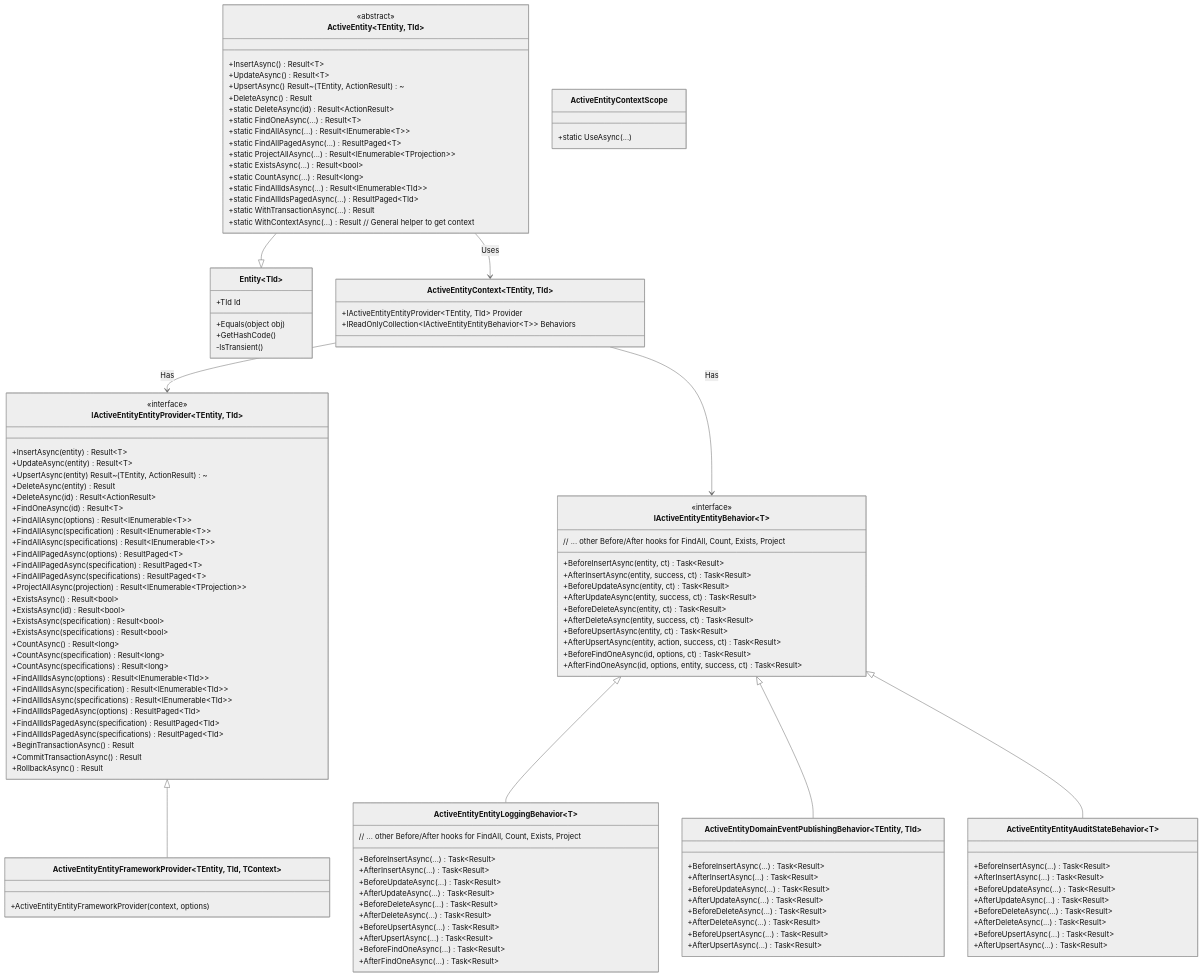
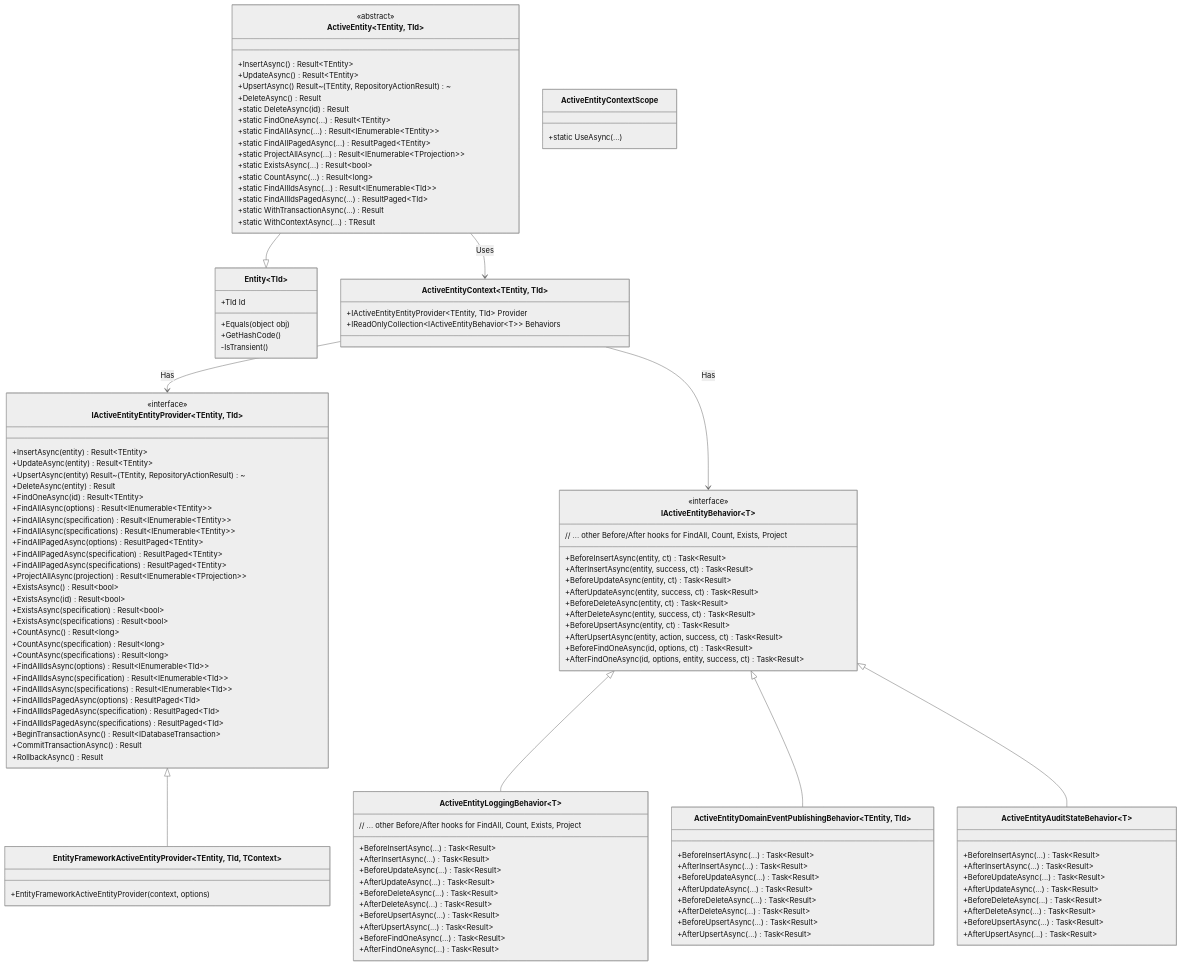
Before and after one commit to BridgingIT-GmbH/bITdevKit: the first of 3 diagrams in docs/features-domain-activeentity.md, drawn with Mermaid (neutral theme). The commit also changed other lines of this file and 62 other files, not shown here.

````diff
--- a/docs/features-domain-activeentity.md
+++ b/docs/features-domain-activeentity.md
@@ -48,37 +49,36 @@
 
     class ActiveEntity~TEntity, TId~ {
         <<abstract>>
-        +InsertAsync() Result~T~
-        +UpdateAsync() Result~T~
-        +UpsertAsync() Result~(TEntity, ActionResult)~
+        +InsertAsync() Result~TEntity~
+        +UpdateAsync() Result~TEntity~
+        +UpsertAsync() Result~(TEntity, RepositoryActionResult)~
         +DeleteAsync() Result
-        +static DeleteAsync(id) Result~ActionResult~
-        +static FindOneAsync(...) Result~T~
-        +static FindAllAsync(...) Result~IEnumerable~T~~
-        +static FindAllPagedAsync(...) ResultPaged~T~
+        +static DeleteAsync(id) Result
+        +static FindOneAsync(...) Result~TEntity~
+        +static FindAllAsync(...) Result~IEnumerable~TEntity~~
+        +static FindAllPagedAsync(...) ResultPaged~TEntity~
         +static ProjectAllAsync(...) Result~IEnumerable~TProjection~~
         +static ExistsAsync(...) Result~bool~
         +static CountAsync(...) Result~long~
         +static FindAllIdsAsync(...) Result~IEnumerable~TId~~
         +static FindAllIdsPagedAsync(...) ResultPaged~TId~
         +static WithTransactionAsync(...) Result
-        +static WithContextAsync(...) Result // General helper to get context
+        +static WithContextAsync(...) TResult
     }
 
     class IActiveEntityEntityProvider~TEntity, TId~ {
         <<interface>>
-        +InsertAsync(entity) Result~T~
-        +UpdateAsync(entity) Result~T~
-        +UpsertAsync(entity) Result~(TEntity, ActionResult)~
+        +InsertAsync(entity) Result~TEntity~
+        +UpdateAsync(entity) Result~TEntity~
+        +UpsertAsync(entity) Result~(TEntity, RepositoryActionResult)~
         +DeleteAsync(entity) Result
-        +DeleteAsync(id) Result~ActionResult~
-        +FindOneAsync(id) Result~T~
-        +FindAllAsync(options) Result~IEnumerable~T~~
-        +FindAllAsync(specification) Result~IEnumerable~T~~
-        +FindAllAsync(specifications) Result~IEnumerable~T~~
-        +FindAllPagedAsync(options) ResultPaged~T~
-        +FindAllPagedAsync(specification) ResultPaged~T~
-        +FindAllPagedAsync(specifications) ResultPaged~T~
+        +FindOneAsync(id) Result~TEntity~
+        +FindAllAsync(options) Result~IEnumerable~TEntity~~
+        +FindAllAsync(specification) Result~IEnumerable~TEntity~~
+        +FindAllAsync(specifications) Result~IEnumerable~TEntity~~
+        +FindAllPagedAsync(options) ResultPaged~TEntity~
+        +FindAllPagedAsync(specification) ResultPaged~TEntity~
+        +FindAllPagedAsync(specifications) ResultPaged~TEntity~
         +ProjectAllAsync(projection) Result~IEnumerable~TProjection~~
         +ExistsAsync() Result~bool~
         +ExistsAsync(id) Result~bool~
@@ -93,16 +93,16 @@
         +FindAllIdsPagedAsync(options) ResultPaged~TId~
         +FindAllIdsPagedAsync(specification) ResultPaged~TId~
         +FindAllIdsPagedAsync(specifications) ResultPaged~TId~
-        +BeginTransactionAsync() Result
+        +BeginTransactionAsync() Result~IDatabaseTransaction~
         +CommitTransactionAsync() Result
         +RollbackAsync() Result
     }
 
-    class ActiveEntityEntityFrameworkProvider~TEntity, TId, TContext~ {
-        +ActiveEntityEntityFrameworkProvider(context, options)
+    class EntityFrameworkActiveEntityProvider~TEntity, TId, TContext~ {
+        +EntityFrameworkActiveEntityProvider(context, options)
     }
 
-    class IActiveEntityEntityBehavior~T~ {
+    class IActiveEntityBehavior~T~ {
         <<interface>>
         +BeforeInsertAsync(entity, ct) Task~Result~
         +AfterInsertAsync(entity, success, ct) Task~Result~
@@ -119,14 +119,14 @@
 
     class ActiveEntityContext~TEntity, TId~ {
         +IActiveEntityEntityProvider~TEntity, TId~ Provider
-        +IReadOnlyCollection~IActiveEntityEntityBehavior~T~~ Behaviors
+        +IReadOnlyCollection~IActiveEntityBehavior~T~~ Behaviors
     }
 
     class ActiveEntityContextScope {
         +static UseAsync(...)
     }
 
-    class ActiveEntityEntityLoggingBehavior~T~ {
+    class ActiveEntityLoggingBehavior~T~ {
         +BeforeInsertAsync(...) Task~Result~
         +AfterInsertAsync(...) Task~Result~
         +BeforeUpdateAsync(...) Task~Result~
@@ -151,7 +151,7 @@
         +AfterUpsertAsync(...) Task~Result~
     }
 
-    class ActiveEntityEntityAuditStateBehavior~T~ {
+    class ActiveEntityAuditStateBehavior~T~ {
         +BeforeInsertAsync(...) Task~Result~
         +AfterInsertAsync(...) Task~Result~
         +BeforeUpdateAsync(...) Task~Result~
@@ -165,9 +165,9 @@
     ActiveEntity --|> Entity
     ActiveEntity --> ActiveEntityContext : Uses
     ActiveEntityContext --> IActiveEntityEntityProvider : Has
-    ActiveEntityContext --> IActiveEntityEntityBehavior : Has
-    IActiveEntityEntityProvider <|-- ActiveEntityEntityFrameworkProvider
-    IActiveEntityEntityBehavior <|-- ActiveEntityEntityLoggingBehavior
-    IActiveEntityEntityBehavior <|-- ActiveEntityDomainEventPublishingBehavior
-    IActiveEntityEntityBehavior <|-- ActiveEntityEntityAuditStateBehavior
+    ActiveEntityContext --> IActiveEntityBehavior : Has
+    IActiveEntityEntityProvider <|-- EntityFrameworkActiveEntityProvider
+    IActiveEntityBehavior <|-- ActiveEntityLoggingBehavior
+    IActiveEntityBehavior <|-- ActiveEntityDomainEventPublishingBehavior
+    IActiveEntityBehavior <|-- ActiveEntityAuditStateBehavior
 ```
````
